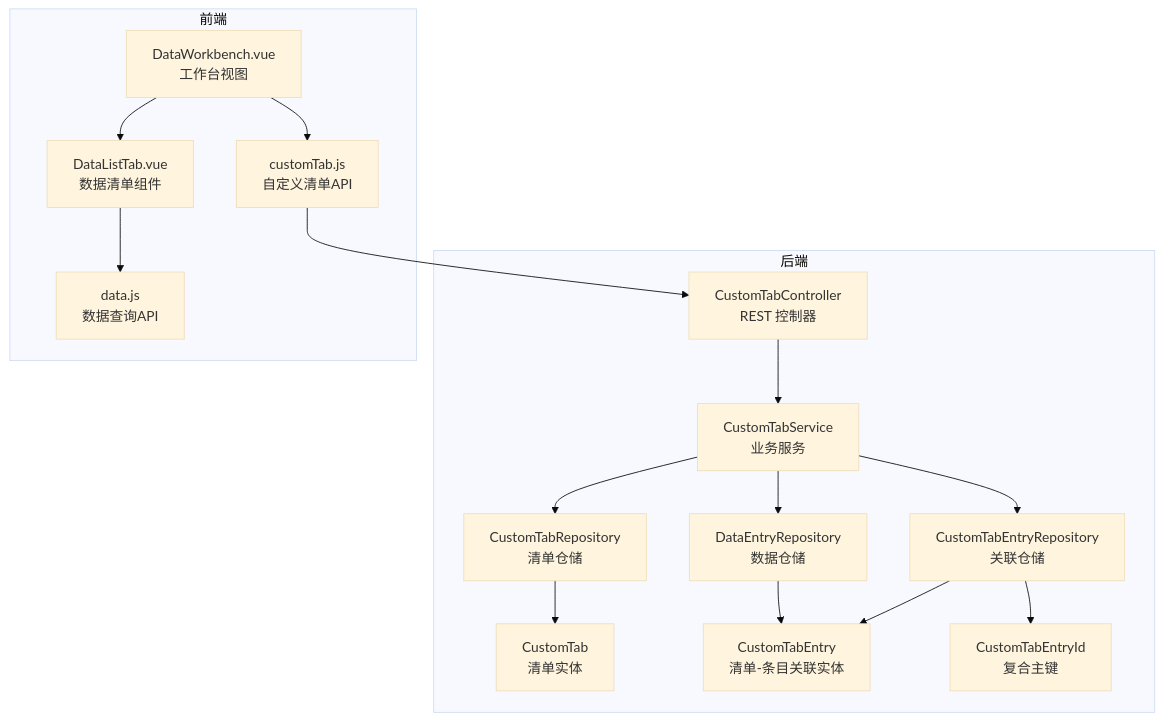
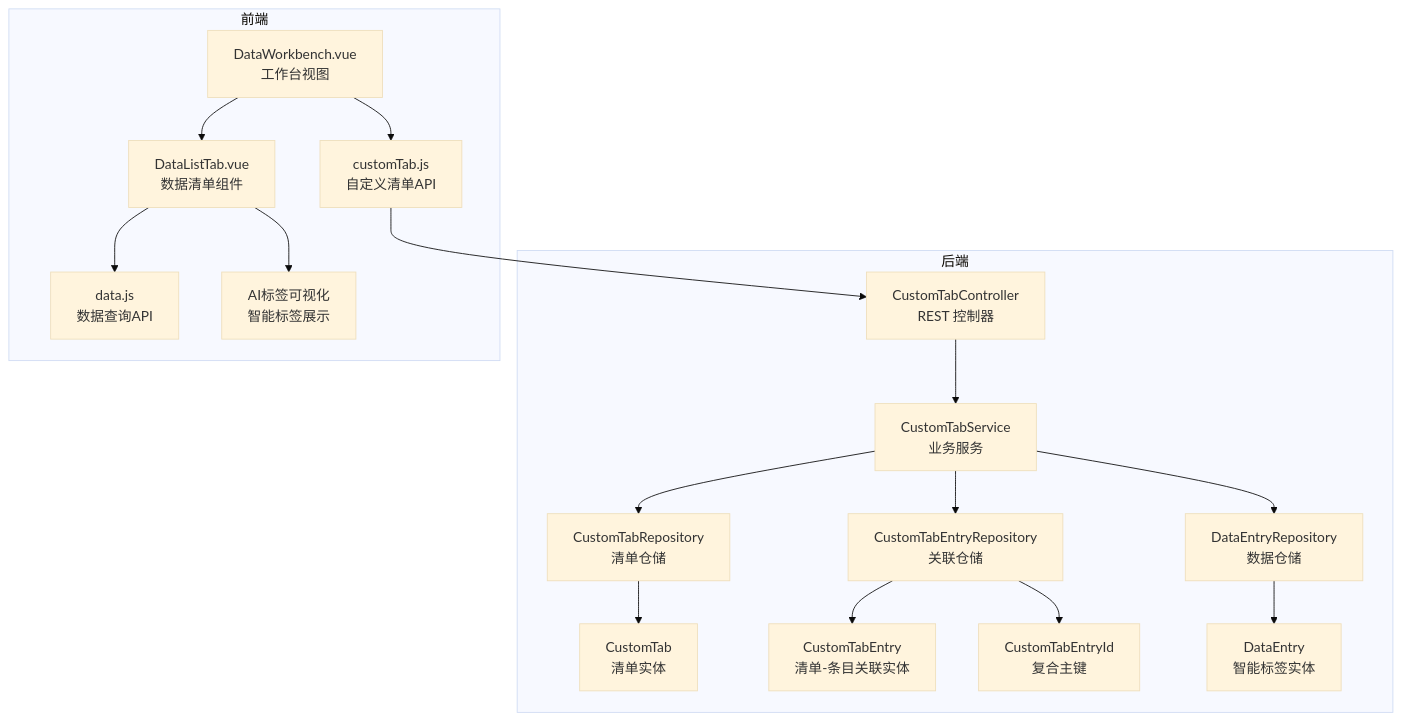
One commit to kinke0/ProductList changed the first of 7 diagrams in .qoder/repowiki/zh/content/功能模块详解/自定义标签系统.md. Above: the diagram before and after it, drawn with Mermaid (base theme). The commit also changed other lines of this file and 106 other files, not shown here.

Commit message:
V1.1.0: 修复清单导航树不匹配+统计视图加载遮罩+上下移提示

````diff
--- a/.qoder/repowiki/zh/content/功能模块详解/自定义标签系统.md
+++ b/.qoder/repowiki/zh/content/功能模块详解/自定义标签系统.md
@@ -45,31 +62,34 @@
 ```mermaid
 graph TB
 subgraph "后端"
 Ctl["CustomTabController<br/>REST 控制器"]
 Svc["CustomTabService<br/>业务服务"]
 Repo["CustomTabRepository<br/>清单仓储"]
 EntryRepo["CustomTabEntryRepository<br/>关联仓储"]
 DataRepo["DataEntryRepository<br/>数据仓储"]
 Entity1["CustomTab<br/>清单实体"]
 Entity2["CustomTabEntry<br/>清单-条目关联实体"]
 Entity3["CustomTabEntryId<br/>复合主键"]
+Intelligent["DataEntry<br/>智能标签实体"]
 end
 subgraph "前端"
 FE_API["customTab.js<br/>自定义清单API"]
 FE_DATA["data.js<br/>数据查询API"]
 FE_DL["DataListTab.vue<br/>数据清单组件"]
 FE_DW["DataWorkbench.vue<br/>工作台视图"]
+FE_AI["AI标签可视化<br/>智能标签展示"]
 end
 FE_DW --> FE_DL
 FE_DL --> FE_DATA
 FE_DW --> FE_API
 FE_API --> Ctl
 Ctl --> Svc
 Svc --> Repo
 Svc --> EntryRepo
 Svc --> DataRepo
 Repo --> Entity1
 EntryRepo --> Entity2
 EntryRepo --> Entity3
-DataRepo --> Entity2
+DataRepo --> Intelligent
+FE_DL --> FE_AI
 ```
````
